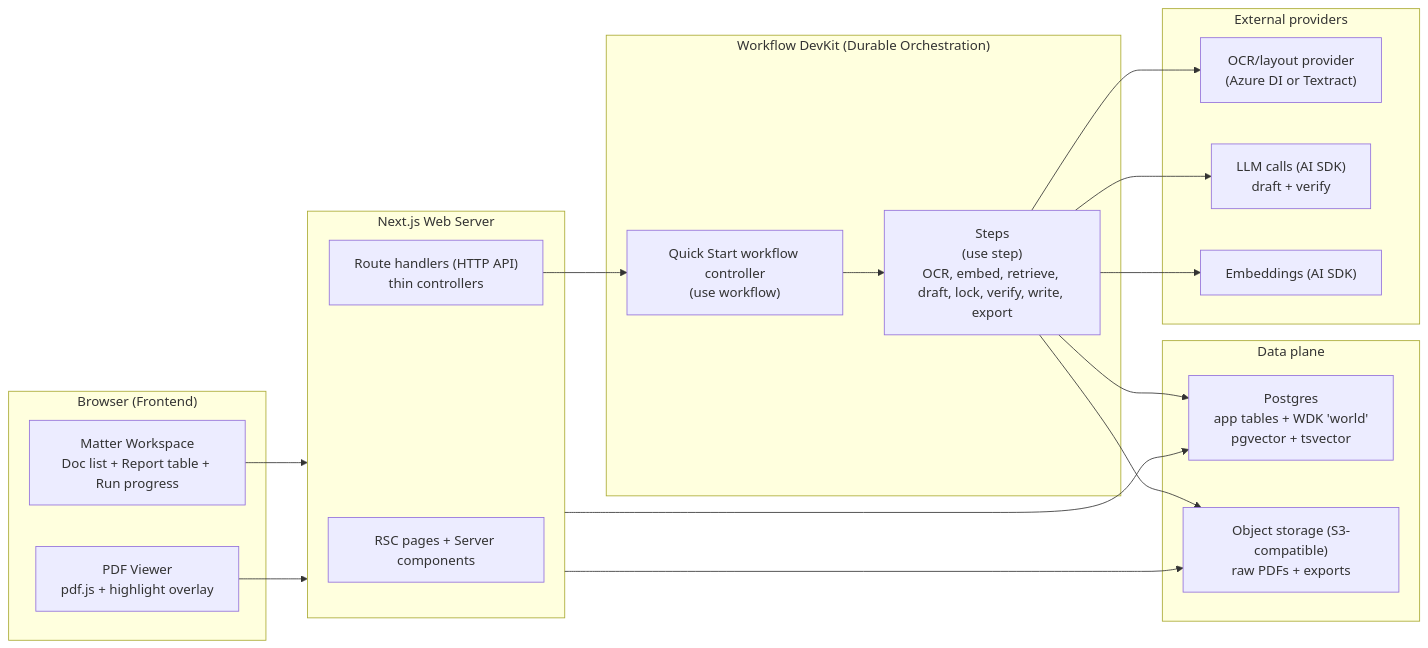
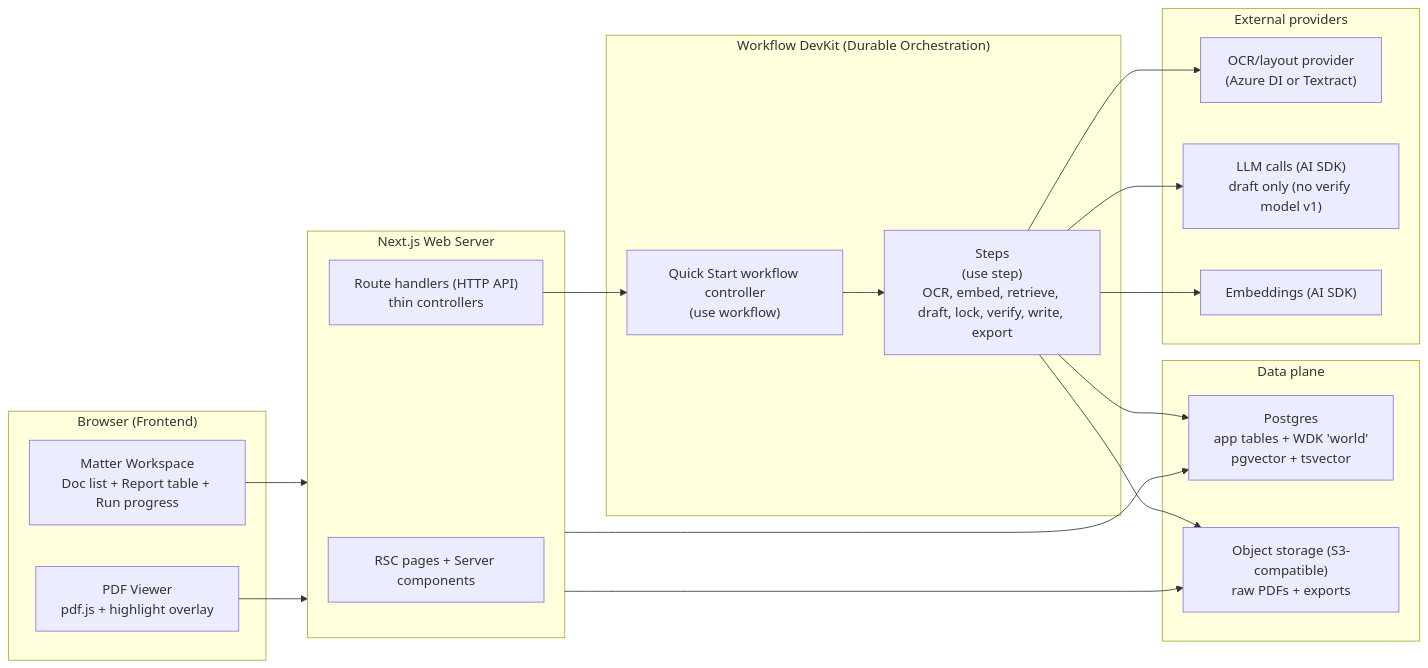
Before and after one commit to marchatton/legaltech-poc: the first of 4 diagrams in docs/03-architecture/10_system_architecture.md, drawn with Mermaid. The commit also changed other lines of this file and 12 other files, not shown here.

Commit message:
docs(architecture): sync canonical docs and add data-handling ADR

````diff
--- a/docs/03-architecture/10_system_architecture.md
+++ b/docs/03-architecture/10_system_architecture.md
@@ -30,54 +30,54 @@
 ```mermaid
 flowchart LR
   subgraph FE["Browser (Frontend)"]
     UI["Matter Workspace
 Doc list + Report table + Run progress"]
     PDFV["PDF Viewer
 pdf.js + highlight overlay"]
   end
 
   subgraph WEB["Next.js Web Server"]
     RSC["RSC pages + Server components"]
     API["Route handlers (HTTP API)
 thin controllers"]
   end
 
   subgraph WDK["Workflow DevKit (Durable Orchestration)"]
     WF["Quick Start workflow controller
 (use workflow)"]
     STEPS["Steps
 (use step)
 OCR, embed, retrieve, draft, lock, verify, write, export"]
   end
 
   subgraph DATA["Data plane"]
     PG["Postgres
 app tables + WDK 'world'
 pgvector + tsvector"]
     OBJ["Object storage (S3-compatible)
 raw PDFs + exports"]
   end
 
   subgraph EXT["External providers"]
     OCR["OCR/layout provider
 (Azure DI or Textract)"]
     LLM["LLM calls (AI SDK)
-draft + verify"]
+draft only (no verify model v1)"]
     EMB["Embeddings (AI SDK)"]
   end
 
   UI --> WEB
   PDFV --> WEB
 
   WEB --> PG
   WEB --> OBJ
 
   API --> WF
   WF --> STEPS
   STEPS --> PG
   STEPS --> OBJ
 
   STEPS --> OCR
   STEPS --> LLM
   STEPS --> EMB
 ```
````
